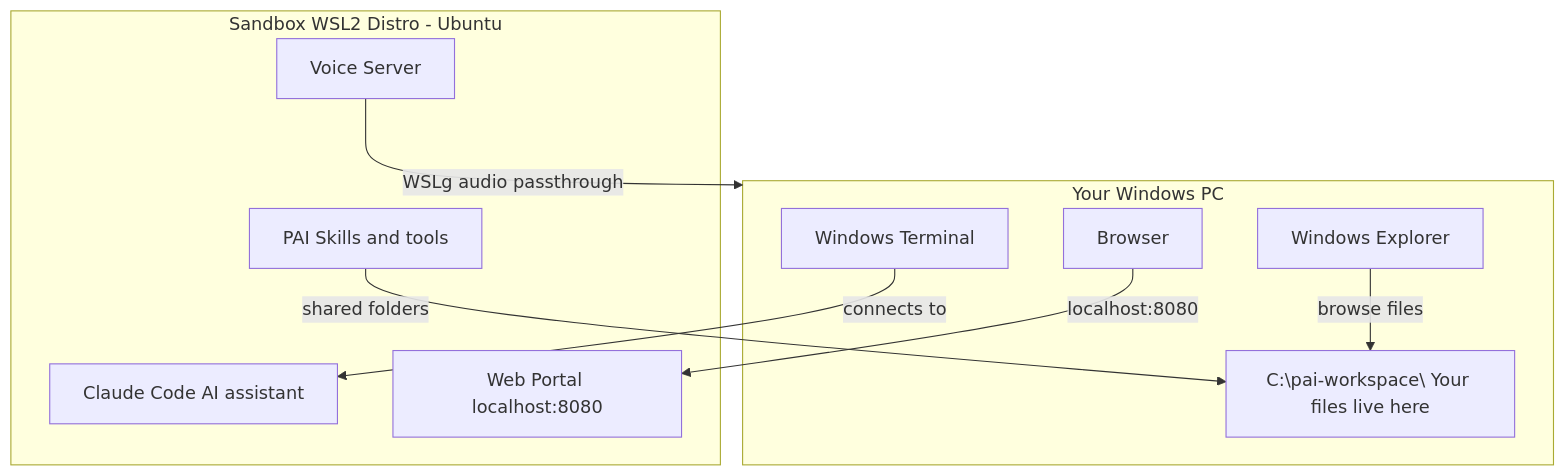
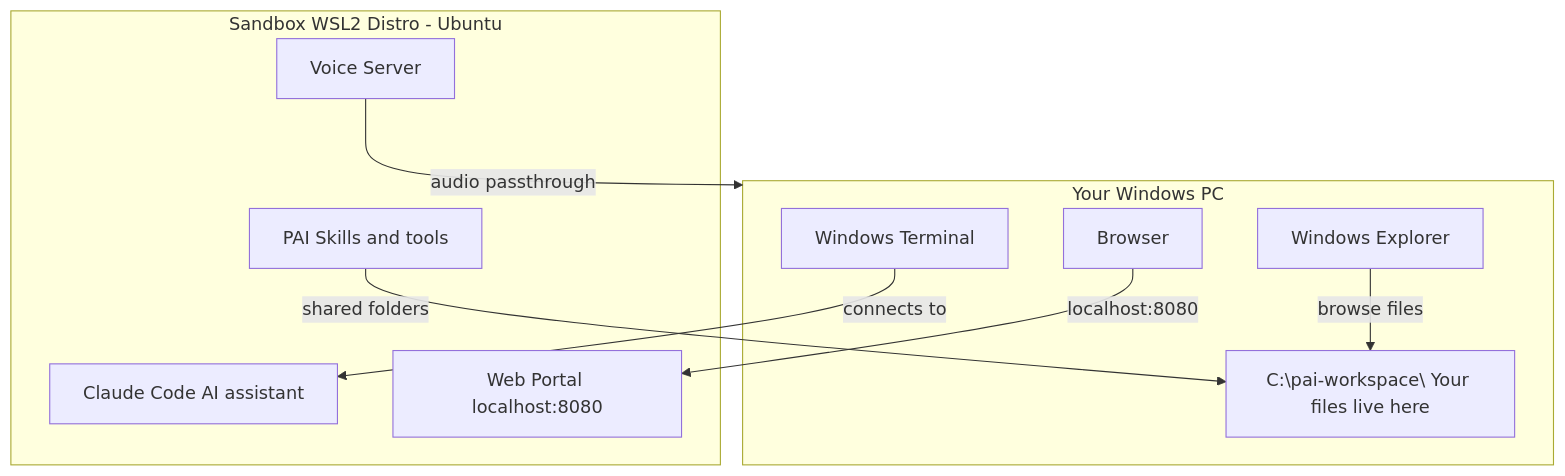
Before and after one commit to jaredstanko/pai-wsl2: the diagram in README.md, drawn with Mermaid. The commit also changed other lines of this file, not shown here.

````diff
--- a/README.md
+++ b/README.md
@@ -7,22 +7,22 @@
 ```mermaid
 graph TB
     subgraph win [Your Windows PC]
         terminal[Windows Terminal]
         workspace["C:\pai-workspace\ Your files live here"]
         browser[Browser]
         explorer[Windows Explorer]
     end
 
     subgraph wsl [Sandbox WSL2 Distro - Ubuntu]
         claude[Claude Code AI assistant]
         pai[PAI Skills and tools]
         portal[Web Portal localhost:8080]
         voice[Voice Server]
     end
 
     terminal -->|connects to| claude
     pai -->|shared folders| workspace
     explorer -->|browse files| workspace
     browser -->|localhost:8080| portal
-    voice -->|WSLg audio passthrough| win
+    voice -->|audio passthrough| win
 ```
````
